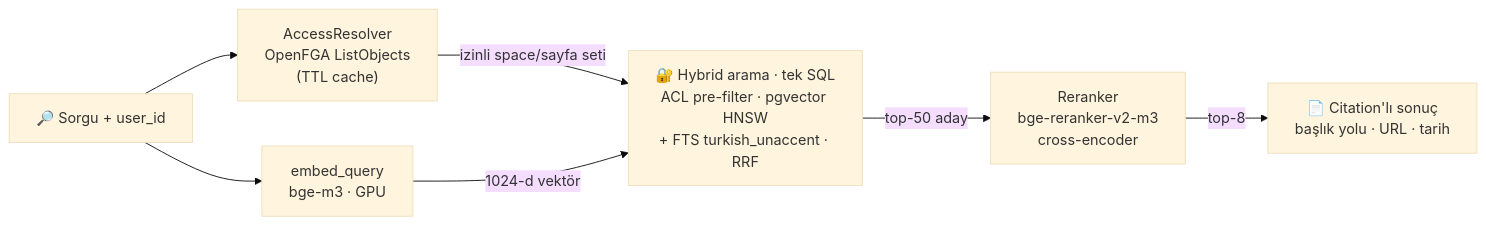
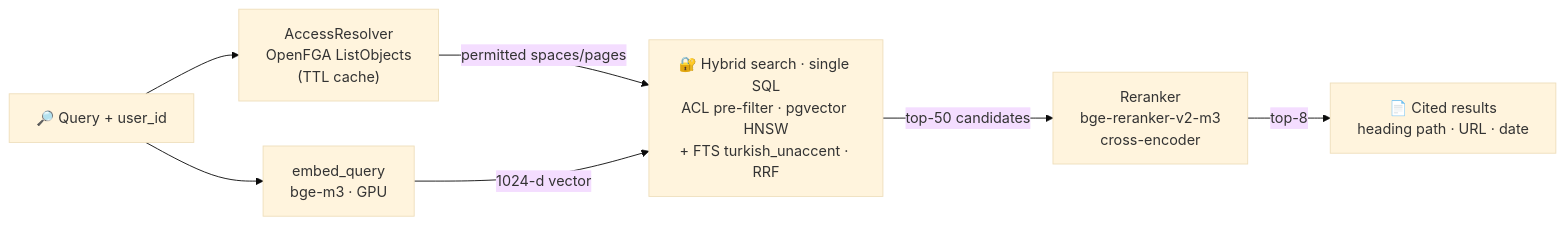
One commit to efkirmizi/rag-platform changed the diagram in README.md. Above: the diagram before and after it, drawn with Mermaid (base theme). The commit also changed other lines of this file and 24 other files, not shown here.

First line of the commit message:
Public repo hazırlığı: Apache-2.0, CI ACL kapısı, tek-komut demo, BYO-docs

````diff
--- a/README.md
+++ b/README.md
@@ -49,9 +127,9 @@
 ```mermaid
 flowchart LR
-    Q["🔎 Sorgu + user_id"] --> R["AccessResolver<br/>OpenFGA ListObjects<br/>(TTL cache)"]
+    Q["🔎 Query + user_id"] --> R["AccessResolver<br/>OpenFGA ListObjects<br/>(TTL cache)"]
     Q --> E["embed_query<br/>bge-m3 · GPU"]
-    R -->|"izinli space/sayfa seti"| H
-    E -->|"1024-d vektör"| H["🔐 Hybrid arama · tek SQL<br/>ACL pre-filter · pgvector HNSW<br/>+ FTS turkish_unaccent · RRF"]
-    H -->|"top-50 aday"| K["Reranker<br/>bge-reranker-v2-m3<br/>cross-encoder"]
-    K -->|"top-8"| C["📄 Citation'lı sonuç<br/>başlık yolu · URL · tarih"]
+    R -->|"permitted spaces/pages"| H
+    E -->|"1024-d vector"| H["🔐 Hybrid search · single SQL<br/>ACL pre-filter · pgvector HNSW<br/>+ FTS turkish_unaccent · RRF"]
+    H -->|"top-50 candidates"| K["Reranker<br/>bge-reranker-v2-m3<br/>cross-encoder"]
+    K -->|"top-8"| C["📄 Cited results<br/>heading path · URL · date"]
 ```
````
